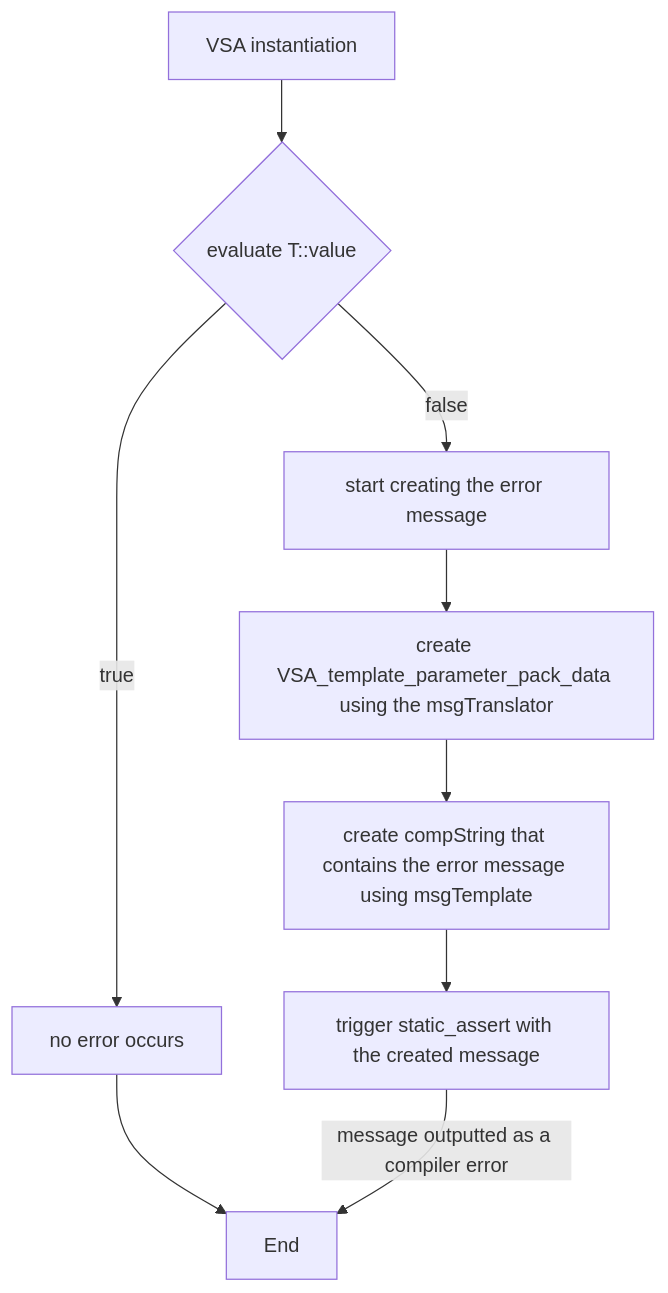
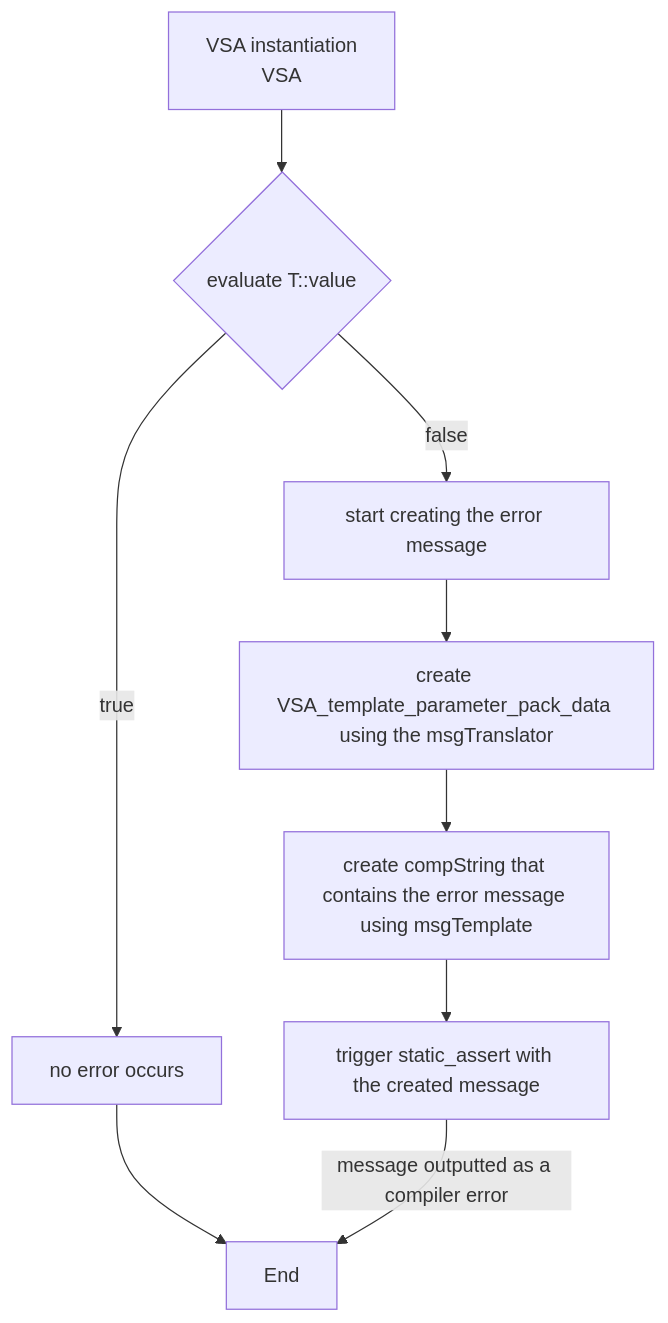
Before and after one commit to Alexey-Saldyrkine/Compiletime-String-and-Verbose-Static-Assert: the diagram in docs/verbose static assert.md, drawn with Mermaid.

Commit message:
Update verbose static assert.md

````diff
--- a/docs/verbose static assert.md
+++ b/docs/verbose static assert.md
@@ -22,11 +22,12 @@
 ```mermaid
 flowchart TD
-	A[VSA instantiation] --> B{ evaluate T::value }
+	A[VSA instantiation
+	VSA<T,msgTemplate,msgTranslator>] --> B{ evaluate T::value }
 	B -- true --> C[no error occurs]
 	C --> D[End]
 	B -- false --> E[start creating the error message]
 	E --> F[create VSA_template_parameter_pack_data using the msgTranslator]
 	F --> G[create compString that contains the error message using msgTemplate]
 	G --> H[trigger static_assert with the created message]
 	H -- message outputted as a compiler error --> D[End]
 ```
````
